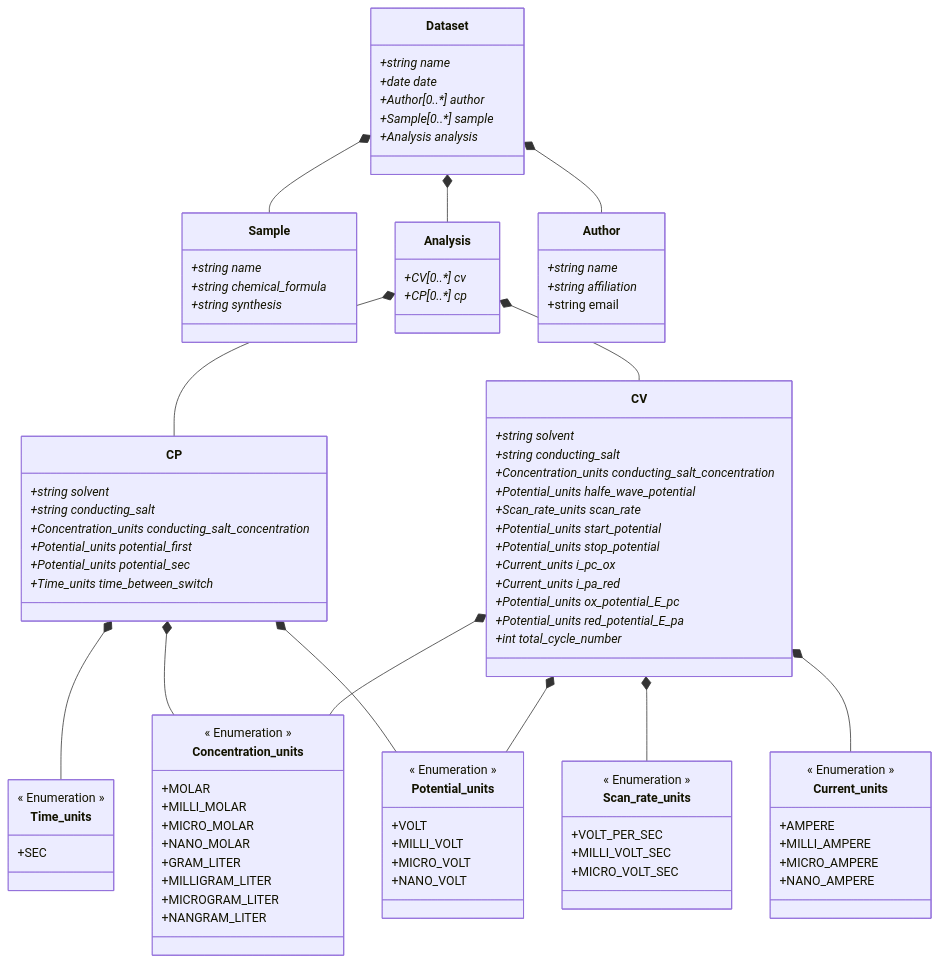
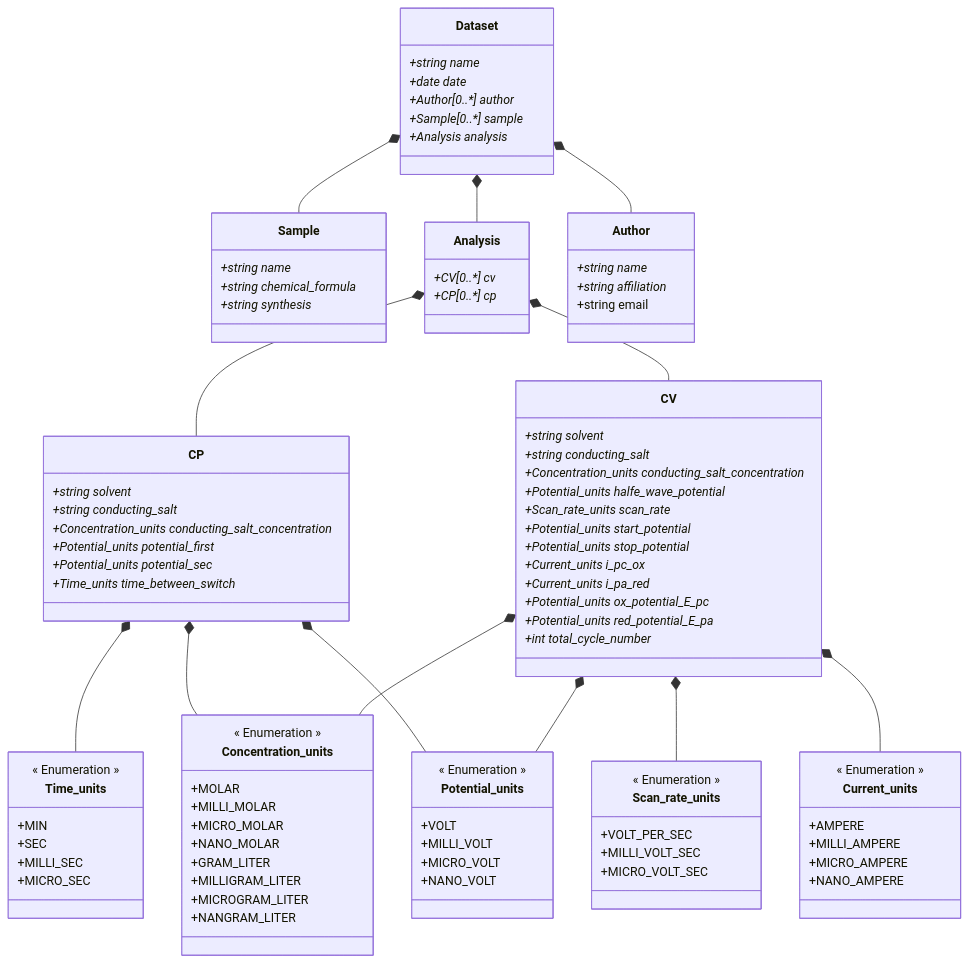
One commit to FAIRChemistry/datamodel-electrochemistry changed the diagram in ElectrochemistryDataModel/schemes/electrochemistrydatamodel_schema.md. Above: the diagram before and after it, drawn with Mermaid. The commit also changed 8 other files, not shown here.

```diff
--- a/ElectrochemistryDataModel/schemes/electrochemistrydatamodel_schema.md
+++ b/ElectrochemistryDataModel/schemes/electrochemistrydatamodel_schema.md
@@ -64,7 +64,10 @@
     
     class Time_units {
         << Enumeration >>
+        +MIN
         +SEC
+        +MILLI_SEC
+        +MICRO_SEC
     }
     
     class Concentration_units {
```
